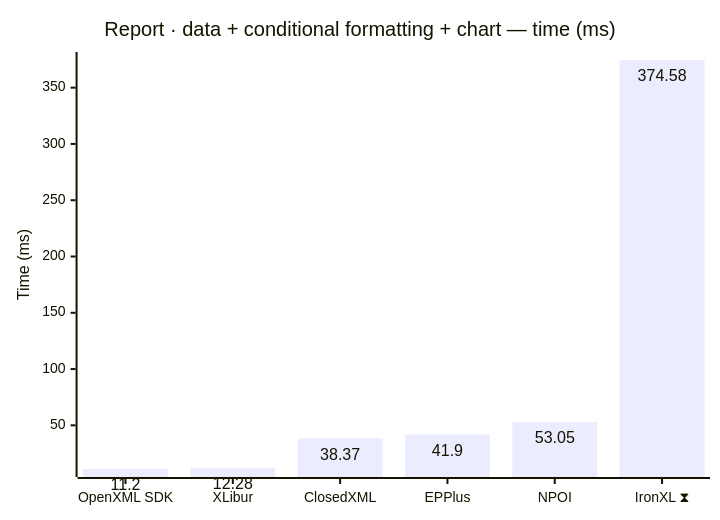
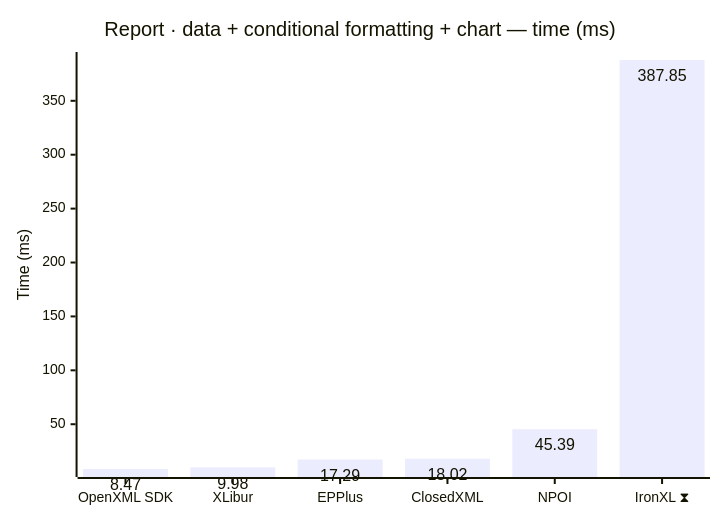
One commit to jafin/XLBench changed the seventh of 12 diagrams in docs/results-ci.md. Above: the diagram before and after it, drawn with Mermaid. The commit also changed other lines of this file, not shown here.

````diff
--- a/docs/results-ci.md
+++ b/docs/results-ci.md
@@ -119,12 +119,12 @@
 ```mermaid
 ---
 config:
   xyChart:
     showDataLabel: true
 ---
 xychart-beta
     title "Report · data + conditional formatting + chart — time (ms)"
-    x-axis ["OpenXML SDK", "XLibur", "ClosedXML", "EPPlus", "NPOI", "IronXL ⧗"]
+    x-axis ["OpenXML SDK", "XLibur", "EPPlus", "ClosedXML", "NPOI", "IronXL ⧗"]
     y-axis "Time (ms)"
-    bar [11.2, 12.28, 38.37, 41.9, 53.05, 374.58]
+    bar [8.47, 9.98, 17.29, 18.02, 45.39, 387.85]
 ```
````
